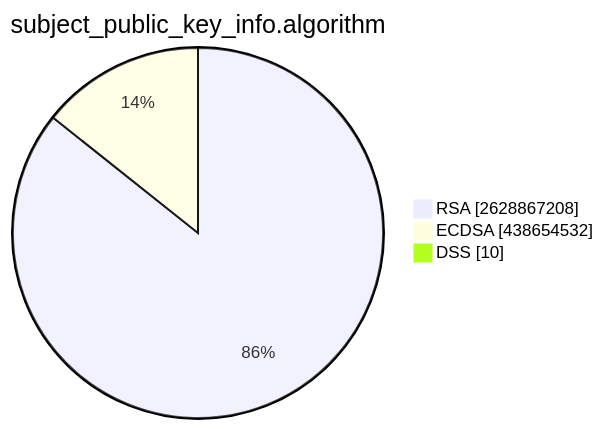
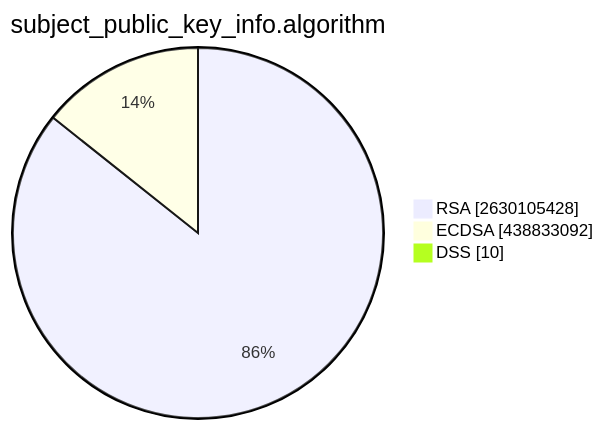
One commit to christiankrug/ctmonitor_visualization changed the second of 15 diagrams in TOTAL/README.md. Above: the diagram before and after it, drawn with Mermaid. The commit also changed other lines of this file, not shown here.

````diff
--- a/TOTAL/README.md
+++ b/TOTAL/README.md
@@ -6,7 +6,7 @@
 ```mermaid
 pie showData
 title subject_public_key_info.algorithm
-"RSA" :2628867208
-"ECDSA" :438654532
+"RSA" :2630105428
+"ECDSA" :438833092
 "DSS" :10
 ```
````
